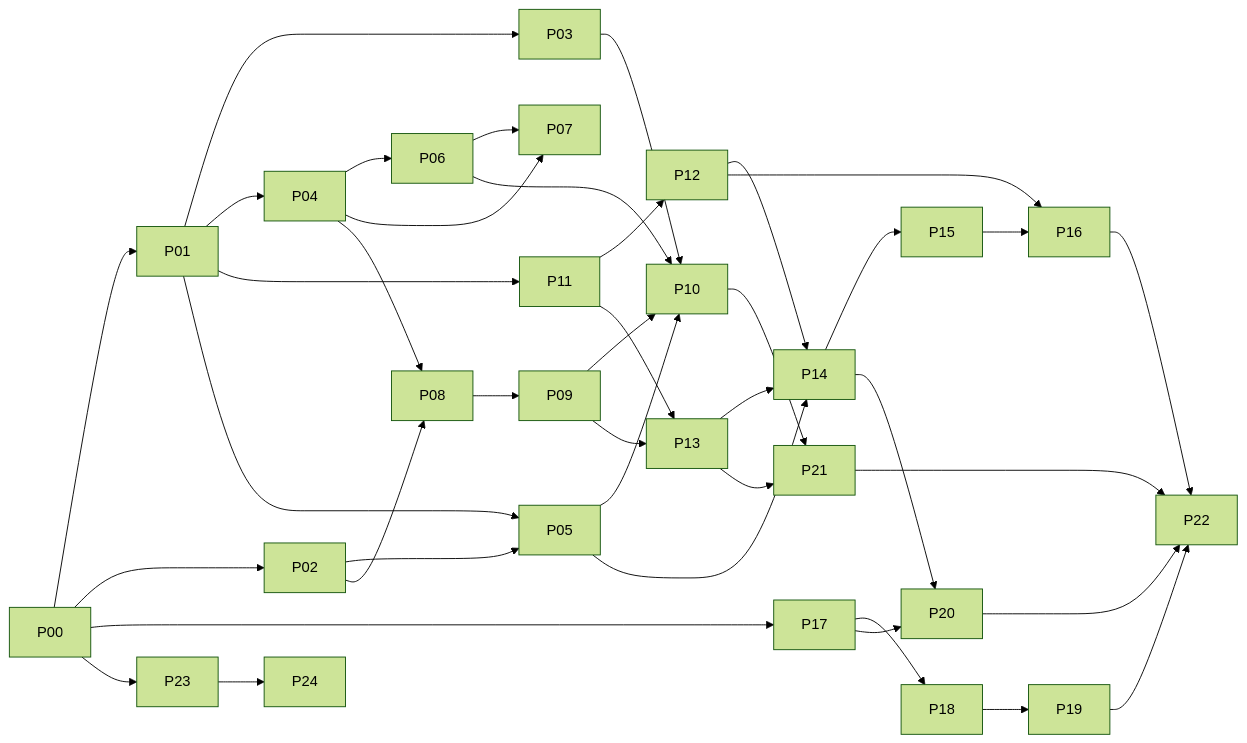
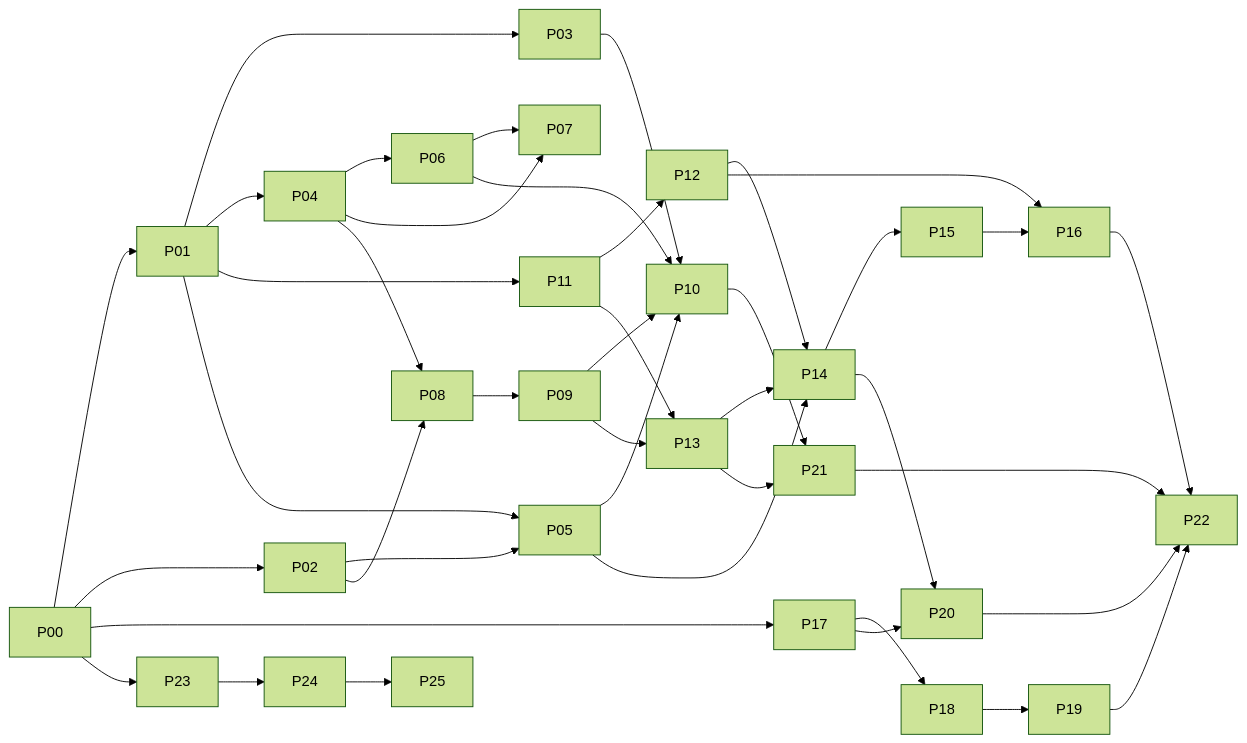
The diagram in docs/14_Build_Plan.md (Kitalon-Labs-LLC/neogold), drawn with Mermaid (forest theme) before and after one commit. The commit also changed other lines of this file and 4 other files, not shown here.

````diff
--- a/docs/14_Build_Plan.md
+++ b/docs/14_Build_Plan.md
@@ -64,42 +65,43 @@
 ```mermaid
 flowchart LR
     P00 --> P01
     P00 --> P02
     P00 --> P17
     P00 --> P23
     P23 --> P24
+    P24 --> P25
     P01 --> P03
     P01 --> P04
     P01 --> P11
     P02 --> P05
     P01 --> P05
     P04 --> P06
     P04 --> P07
     P06 --> P07
     P02 --> P08
     P04 --> P08
     P08 --> P09
     P03 --> P10
     P05 --> P10
     P06 --> P10
     P09 --> P10
     P11 --> P12
     P09 --> P13
     P11 --> P13
     P05 --> P14
     P12 --> P14
     P13 --> P14
     P14 --> P15
     P12 --> P16
     P15 --> P16
     P17 --> P18
     P18 --> P19
     P14 --> P20
     P17 --> P20
     P10 --> P21
     P13 --> P21
     P16 --> P22
     P19 --> P22
     P20 --> P22
     P21 --> P22
 ```
````
